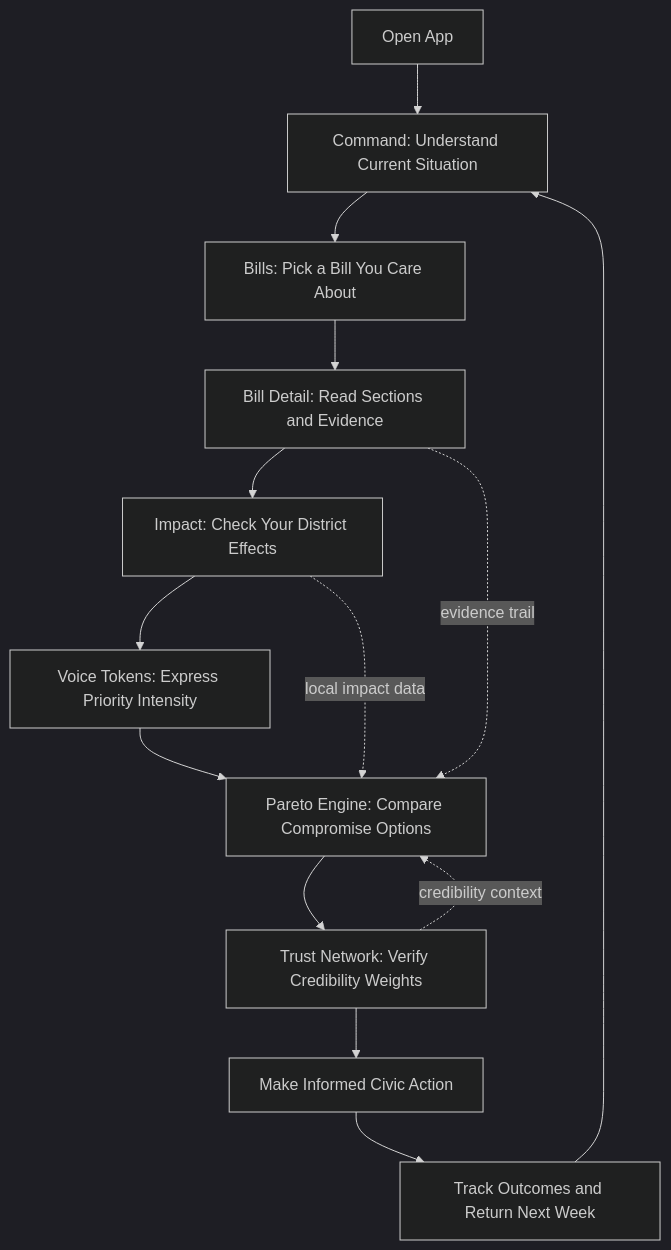
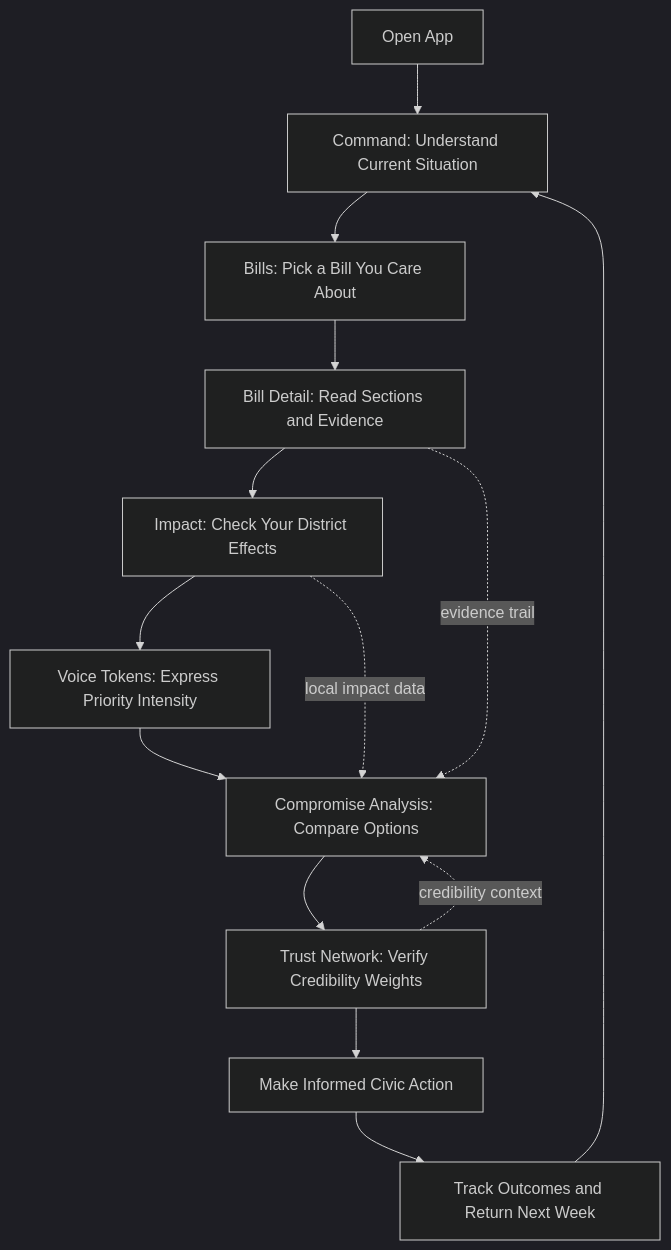
Before and after one commit to aartisr/governance-app: the second of 2 diagrams in README.md, drawn with Mermaid (dark theme). The commit also changed other lines of this file and 17 other files, not shown here.

````diff
--- a/README.md
+++ b/README.md
@@ -270,17 +270,17 @@
 ```mermaid
 flowchart TD
 	A[Open App] --> B[Command: Understand Current Situation]
 	B --> C[Bills: Pick a Bill You Care About]
 	C --> D[Bill Detail: Read Sections and Evidence]
 	D --> E[Impact: Check Your District Effects]
 	E --> F[Voice Tokens: Express Priority Intensity]
-	F --> G[Pareto Engine: Compare Compromise Options]
+	F --> G[Compromise Analysis: Compare Options]
 	G --> H[Trust Network: Verify Credibility Weights]
 	H --> I[Make Informed Civic Action]
 	I --> J[Track Outcomes and Return Next Week]
 	J --> B
 
 	D -. evidence trail .-> G
 	E -. local impact data .-> G
 	H -. credibility context .-> G
 ```
````
